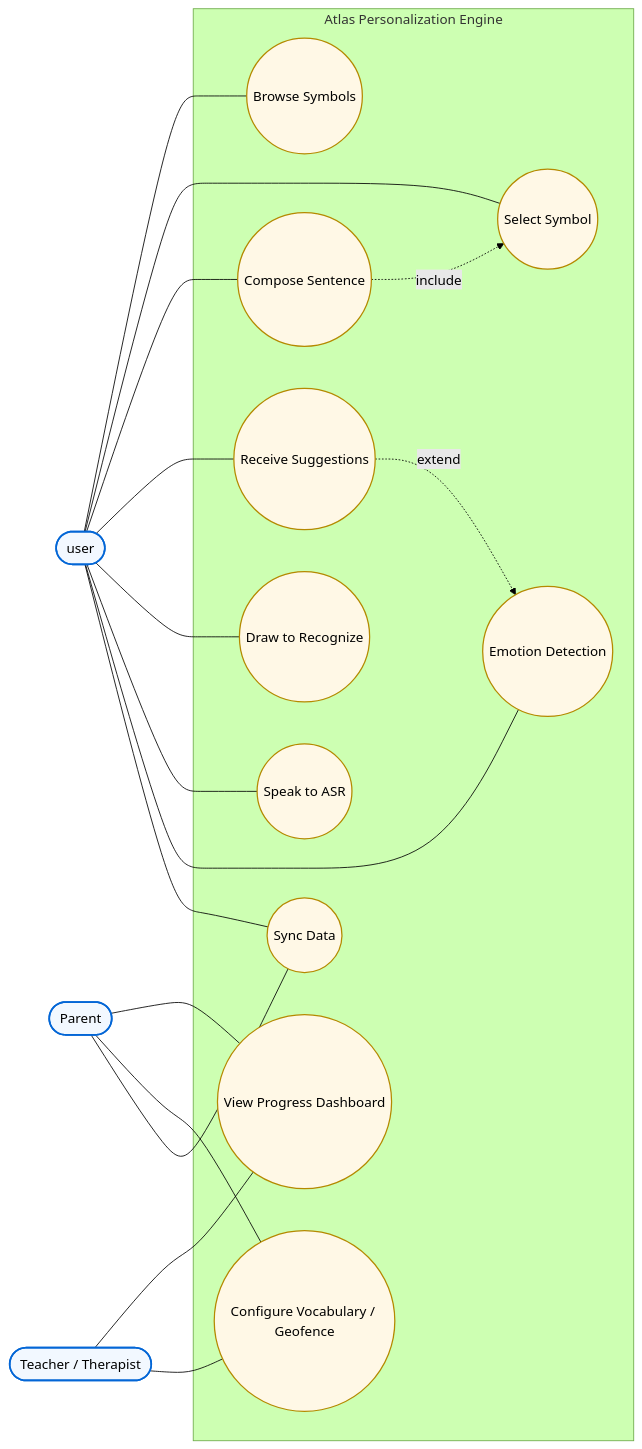
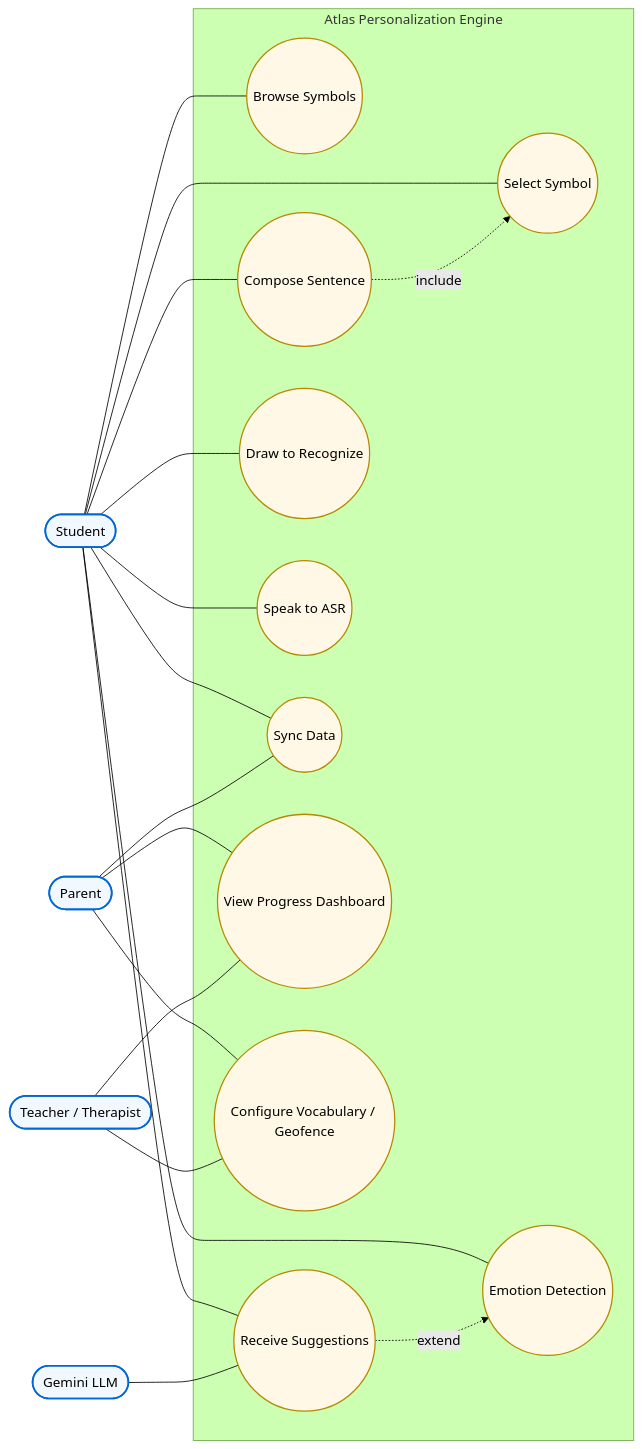
The diagram in usecasediar.md (baltej223/software_engineering_project), drawn with Mermaid (forest theme) before and after one commit. The commit also changed other lines of this file, not shown here.

````diff
--- a/usecasediar.md
+++ b/usecasediar.md
@@ -3,69 +3,73 @@
 ```mermaid
 graph LR
 
   %% =========================
   %% Actors
   %% =========================
 
-  S([user])
+  S([Student])
   P([Parent])
   TT([Teacher / Therapist])
+  L([Gemini LLM])
 
   %% =========================
   %% System Boundary
   %% =========================
 
   subgraph Atlas["Atlas Personalization Engine"]
 
     BS((Browse Symbols))
     SS((Select Symbol))
     CS((Compose Sentence))
     RS((Receive Suggestions))
 
     DR((Draw to Recognize))
     SA((Speak to ASR))
     ED((Emotion Detection))
     SY((Sync Data))
 
     PD((View Progress Dashboard))
     CV((Configure Vocabulary / Geofence))
 
   end
 
   %% =========================
   %% Actor Associations
   %% =========================
 
   S --- BS
   S --- SS
   S --- CS
   S --- RS
   S --- DR
   S --- SA
   S --- ED
   S --- SY
 
   P --- PD
   P --- CV
   P --- SY
 
   TT --- PD
   TT --- CV
 
+  L --- RS
+
   %% =========================
   %% Include / Extend
   %% =========================
 
   CS -.->|"include"| SS
   RS -.->|"extend"| ED
 
   %% =========================
   %% Styling
   %% =========================
 
   classDef actor fill:#f2f8ff,stroke:#0366d6,stroke-width:2px;
   classDef usecase fill:#fff8e6,stroke:#b58900,stroke-width:1.5px;
 
-  class S,P,TT actor;
+  class S,P,TT,L actor;
   class BS,SS,CS,RS,DR,SA,ED,SY,PD,CV usecase;
+
 ```
````
